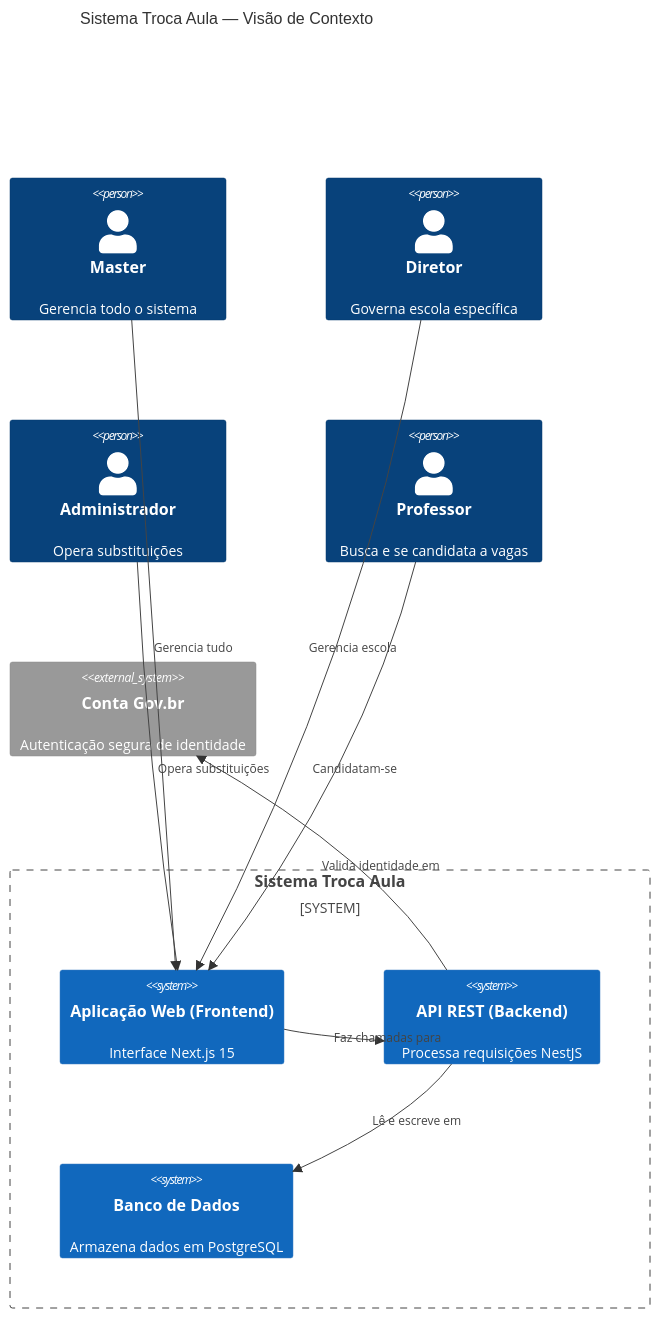
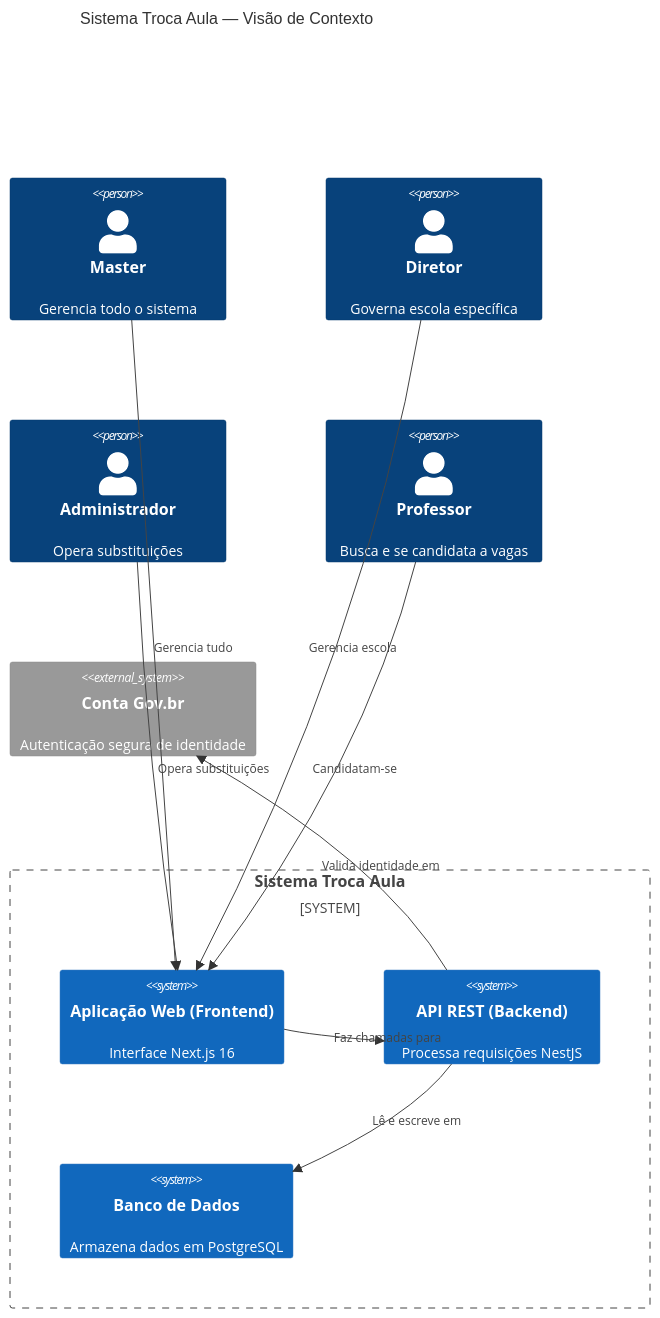
The second of 2 diagrams in docs/01-visao-geral/visao-do-produto.md (TROCA-AULA/troca-aula-front), drawn with Mermaid before and after one commit. The commit also changed other lines of this file and 175 other files, not shown here.

````diff
--- a/docs/01-visao-geral/visao-do-produto.md
+++ b/docs/01-visao-geral/visao-do-produto.md
@@ -110,25 +110,25 @@
 ```mermaid
 C4Context
     title Sistema Troca Aula — Visão de Contexto
 
     Person(master, "Master", "Gerencia todo o sistema")
     Person(diretor, "Diretor", "Governa escola específica")
     Person(admin, "Administrador", "Opera substituições")
     Person(professor, "Professor", "Busca e se candidata a vagas")
 
     System_Boundary(sistema, "Sistema Troca Aula") {
-        System(webapp, "Aplicação Web (Frontend)", "Interface Next.js 15")
+        System(webapp, "Aplicação Web (Frontend)", "Interface Next.js 16")
         System(api, "API REST (Backend)", "Processa requisições NestJS")
         System(db, "Banco de Dados", "Armazena dados em PostgreSQL")
     }
 
     System_Ext(govbr, "Conta Gov.br", "Autenticação segura de identidade")
 
     Rel(master, webapp, "Gerencia tudo")
     Rel(diretor, webapp, "Gerencia escola")
     Rel(admin, webapp, "Opera substituições")
     Rel(professor, webapp, "Candidatam-se")
     Rel(webapp, api, "Faz chamadas para")
     Rel(api, db, "Lê e escreve em")
     Rel(api, govbr, "Valida identidade em")
 ```
````
